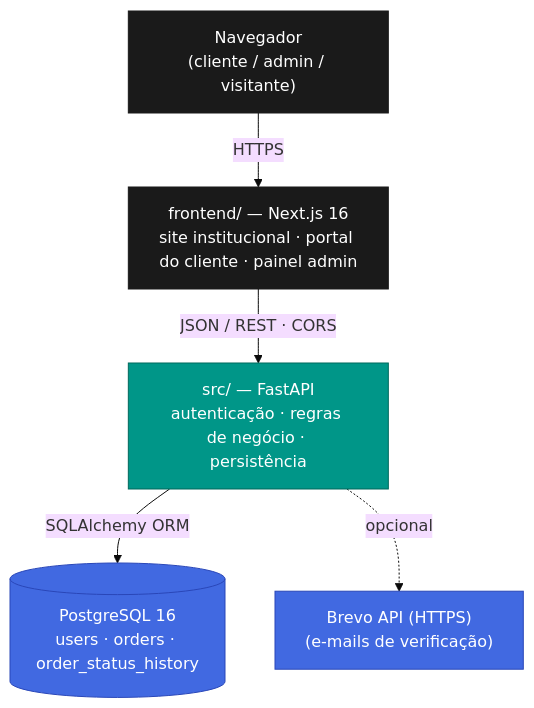
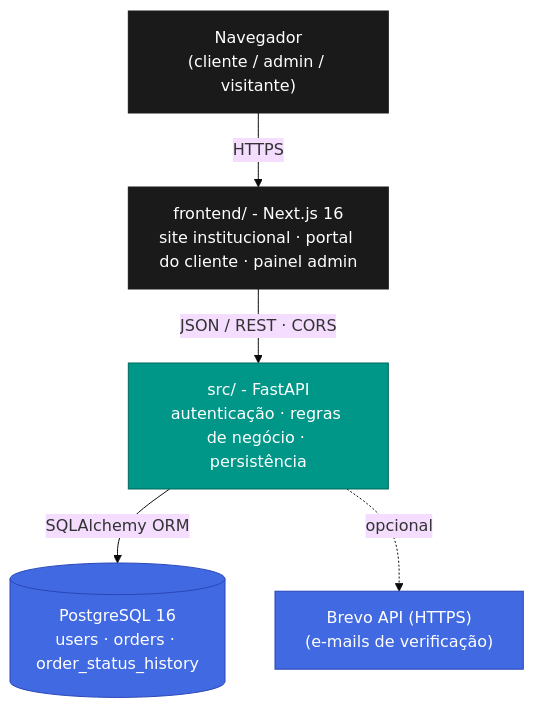
One commit to jgabrielflores/marcenaria-api changed the first of 3 diagrams in README.md. Above: the diagram before and after it, drawn with Mermaid (base theme). The commit also changed other lines of this file and 16 other files, not shown here.

````diff
--- a/README.md
+++ b/README.md
@@ -137,20 +137,20 @@
 ```mermaid
 flowchart TD
     Browser["Navegador<br/>(cliente / admin / visitante)"]
-    Frontend["frontend/ — Next.js 16<br/>site institucional · portal do cliente · painel admin"]
-    API["src/ — FastAPI<br/>autenticação · regras de negócio · persistência"]
+    Frontend["frontend/ - Next.js 16<br/>site institucional · portal do cliente · painel admin"]
+    API["src/ - FastAPI<br/>autenticação · regras de negócio · persistência"]
     DB[("PostgreSQL 16<br/>users · orders · order_status_history")]
     Email["Brevo API (HTTPS)<br/>(e-mails de verificação)"]
 
     Browser -->|HTTPS| Frontend
     Frontend -->|JSON / REST · CORS| API
     API -->|SQLAlchemy ORM| DB
     API -.->|opcional| Email
 
     classDef edge fill:#1a1a1a,stroke:#1a1a1a,color:#fff
     classDef core fill:#009688,stroke:#00695c,color:#fff
     classDef store fill:#4169E1,stroke:#2a47b8,color:#fff
     class Browser,Frontend edge
     class API core
     class DB,Email store
 ```
````
